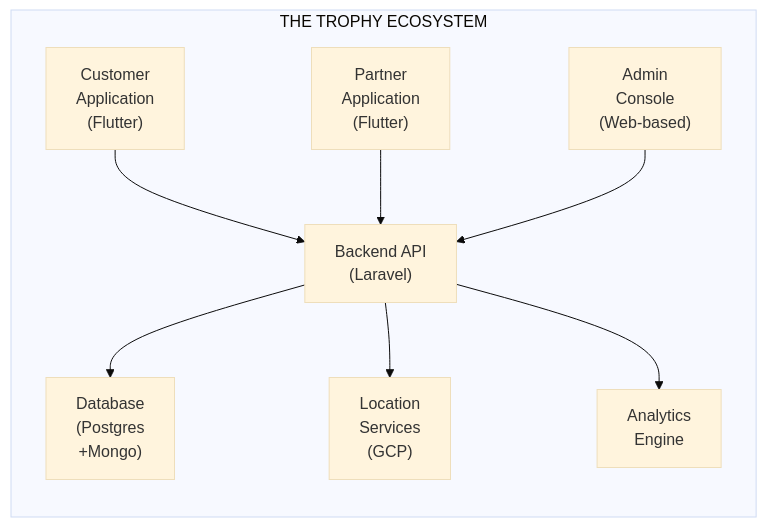
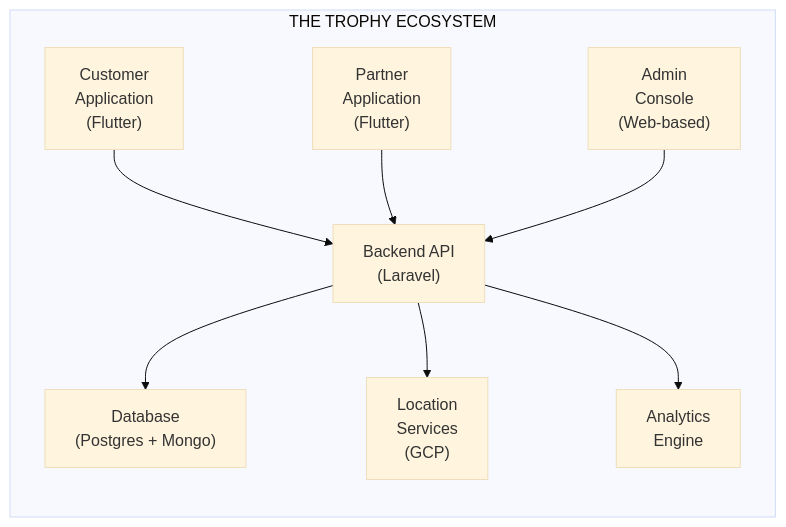
Before and after one commit to tlejay/the-trophy-doc: the diagram in Deliverables/Proposal-TH.md, drawn with Mermaid (base theme). The commit also changed other lines of this file and 2 other files, not shown here.

````diff
--- a/Deliverables/Proposal-TH.md
+++ b/Deliverables/Proposal-TH.md
@@ -152,28 +158,27 @@
 ```mermaid
 graph TD
     subgraph "THE TROPHY ECOSYSTEM"
         direction TB
 
         %% Top Layer: Front-end
         C1["Customer<br>Application<br>(Flutter)"]
         C2["Partner<br>Application<br>(Flutter)"]
         C3["Admin<br>Console<br>(Web-based)"]
 
         %% Middle Layer: Backend
         API["Backend API<br>(Laravel)"]
 
         %% Bottom Layer: Infrastructure/Services
-        DB["Database<br>(Postgres<br>+Mongo)"]
+        DB["Database<br>(Postgres + Mongo)"]
         LOC["Location<br>Services<br>(GCP)"]
         AN["Analytics<br>Engine"]
 
-        %% Connections
         C1 --> API
         C2 --> API
         C3 --> API
 
         API --> DB
         API --> LOC
         API --> AN
     end
 ```
````
